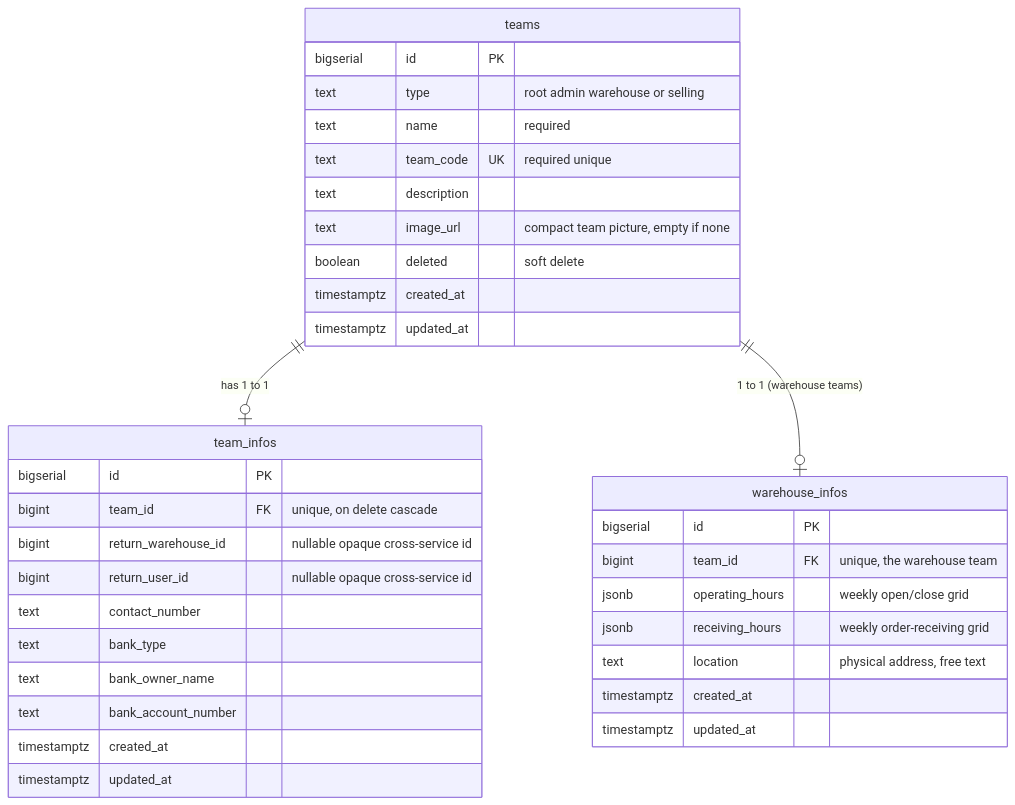
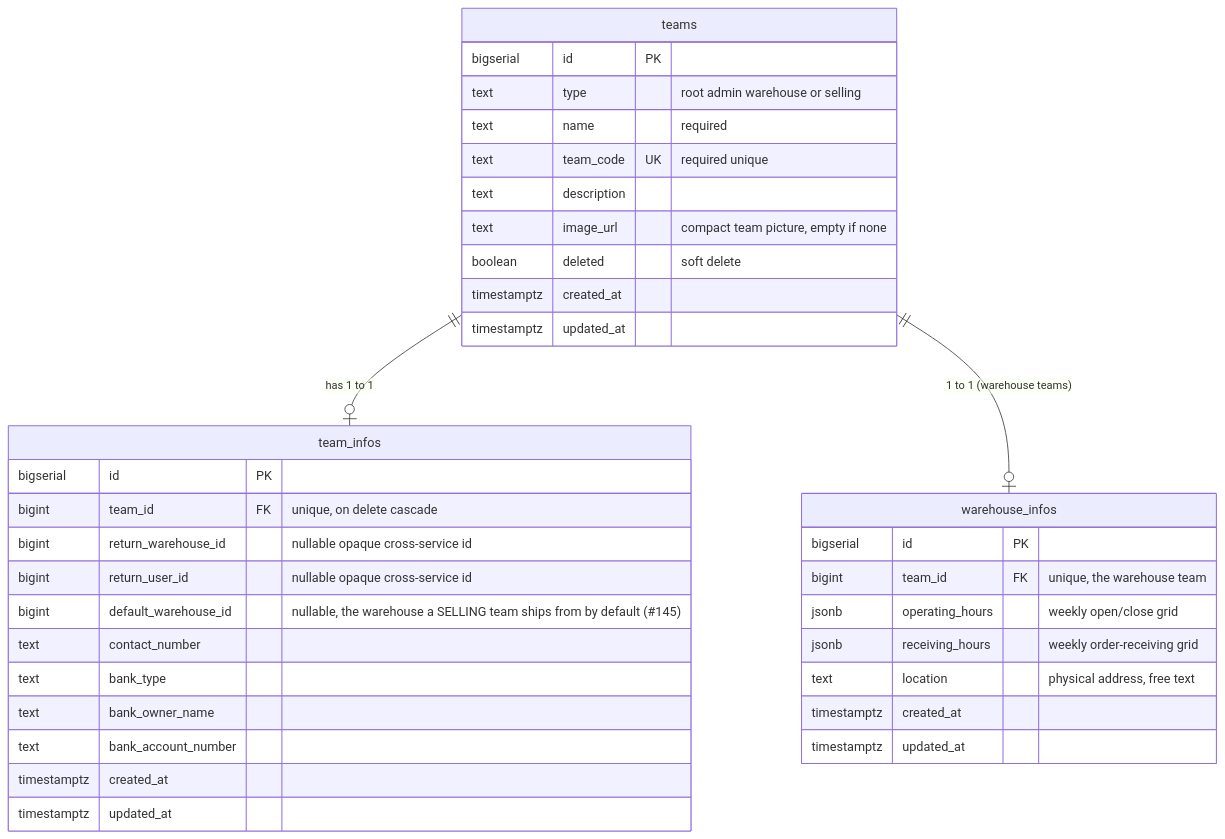
The first of 11 diagrams in docs/database-schema.md (pdcgo/warehouse_revamp), drawn with Mermaid before and after one commit. The commit also changed other lines of this file and 13 other files, not shown here.

First line of the commit message:
#145 A selling team's default shipping warehouse

````diff
--- a/docs/database-schema.md
+++ b/docs/database-schema.md
@@ -18,40 +18,41 @@
 ```mermaid
 erDiagram
     teams ||--o| team_infos : "has 1 to 1"
     teams ||--o| warehouse_infos : "1 to 1 (warehouse teams)"
 
     teams {
         bigserial   id          PK
         text        type        "root admin warehouse or selling"
         text        name        "required"
         text        team_code   UK "required unique"
         text        description
         text        image_url   "compact team picture, empty if none"
         boolean     deleted     "soft delete"
         timestamptz created_at
         timestamptz updated_at
     }
 
     team_infos {
         bigserial   id                  PK
         bigint      team_id             FK "unique, on delete cascade"
         bigint      return_warehouse_id "nullable opaque cross-service id"
         bigint      return_user_id      "nullable opaque cross-service id"
+        bigint      default_warehouse_id "nullable, the warehouse a SELLING team ships from by default (#145)"
         text        contact_number
         text        bank_type
         text        bank_owner_name
         text        bank_account_number
         timestamptz created_at
         timestamptz updated_at
     }
 
     warehouse_infos {
         bigserial   id              PK
         bigint      team_id         FK "unique, the warehouse team"
         jsonb       operating_hours "weekly open/close grid"
         jsonb       receiving_hours "weekly order-receiving grid"
         text        location        "physical address, free text"
         timestamptz created_at
         timestamptz updated_at
     }
 ```
````
